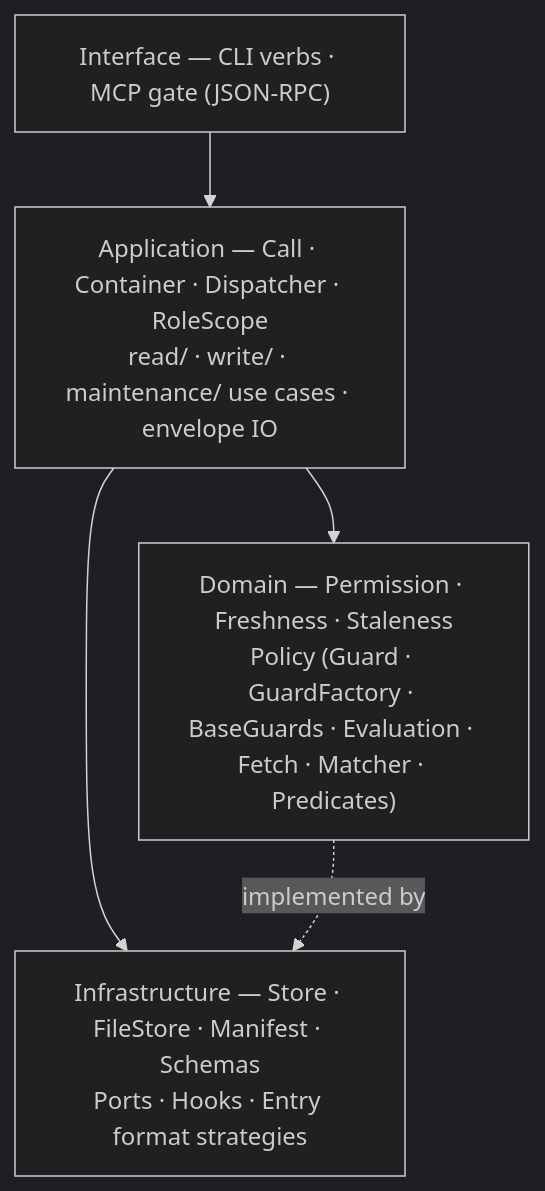
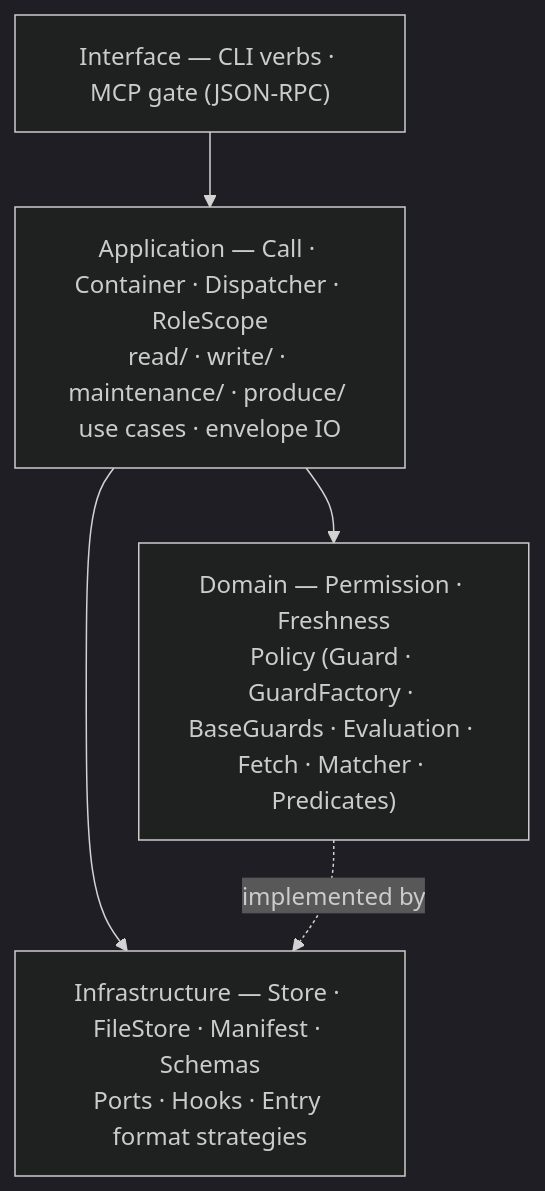
Before and after one commit to patrick204nqh/textus: the diagram in docs/architecture/README.md, drawn with Mermaid (dark theme). The commit also changed other lines of this file and 64 other files, not shown here.

````diff
--- a/docs/architecture/README.md
+++ b/docs/architecture/README.md
@@ -6,11 +6,11 @@
 ```mermaid
 flowchart TD
     interface["Interface — CLI verbs · MCP gate (JSON-RPC)"]
-    application["Application — Call · Container · Dispatcher · RoleScope<br/>read/ · write/ · maintenance/ use cases · envelope IO"]
-    domain["Domain — Permission · Freshness · Staleness<br/>Policy (Guard · GuardFactory · BaseGuards · Evaluation · Fetch · Matcher · Predicates)"]
+    application["Application — Call · Container · Dispatcher · RoleScope<br/>read/ · write/ · maintenance/ · produce/ use cases · envelope IO"]
+    domain["Domain — Permission · Freshness<br/>Policy (Guard · GuardFactory · BaseGuards · Evaluation · Fetch · Matcher · Predicates)"]
     infra["Infrastructure — Store · FileStore · Manifest · Schemas<br/>Ports · Hooks · Entry format strategies"]
     interface --> application
     application --> domain
     application --> infra
     domain -.->|implemented by| infra
 ```
````
